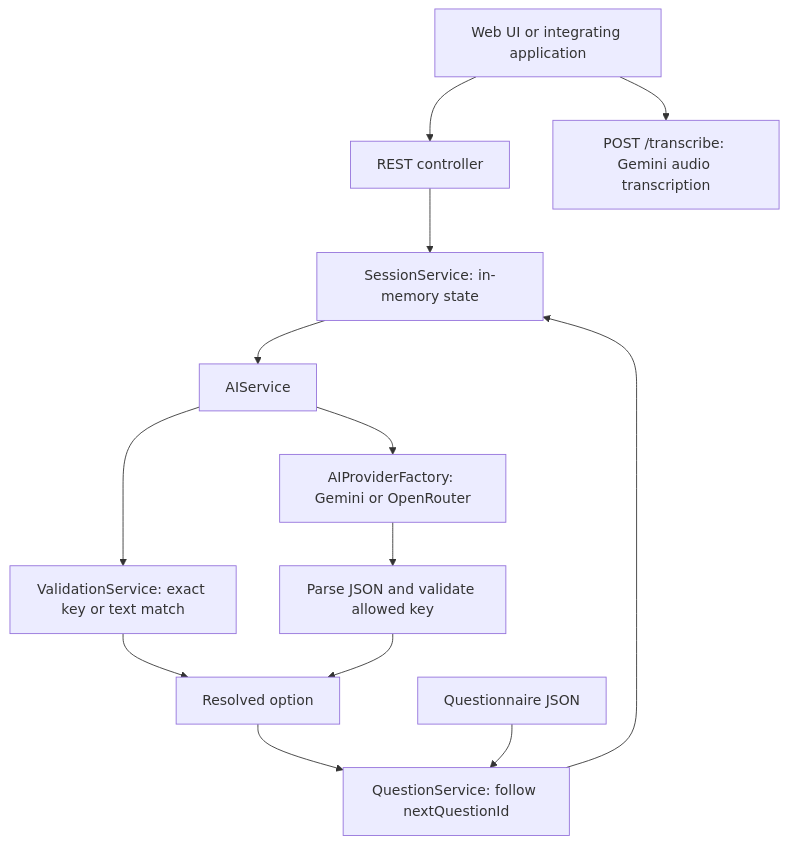
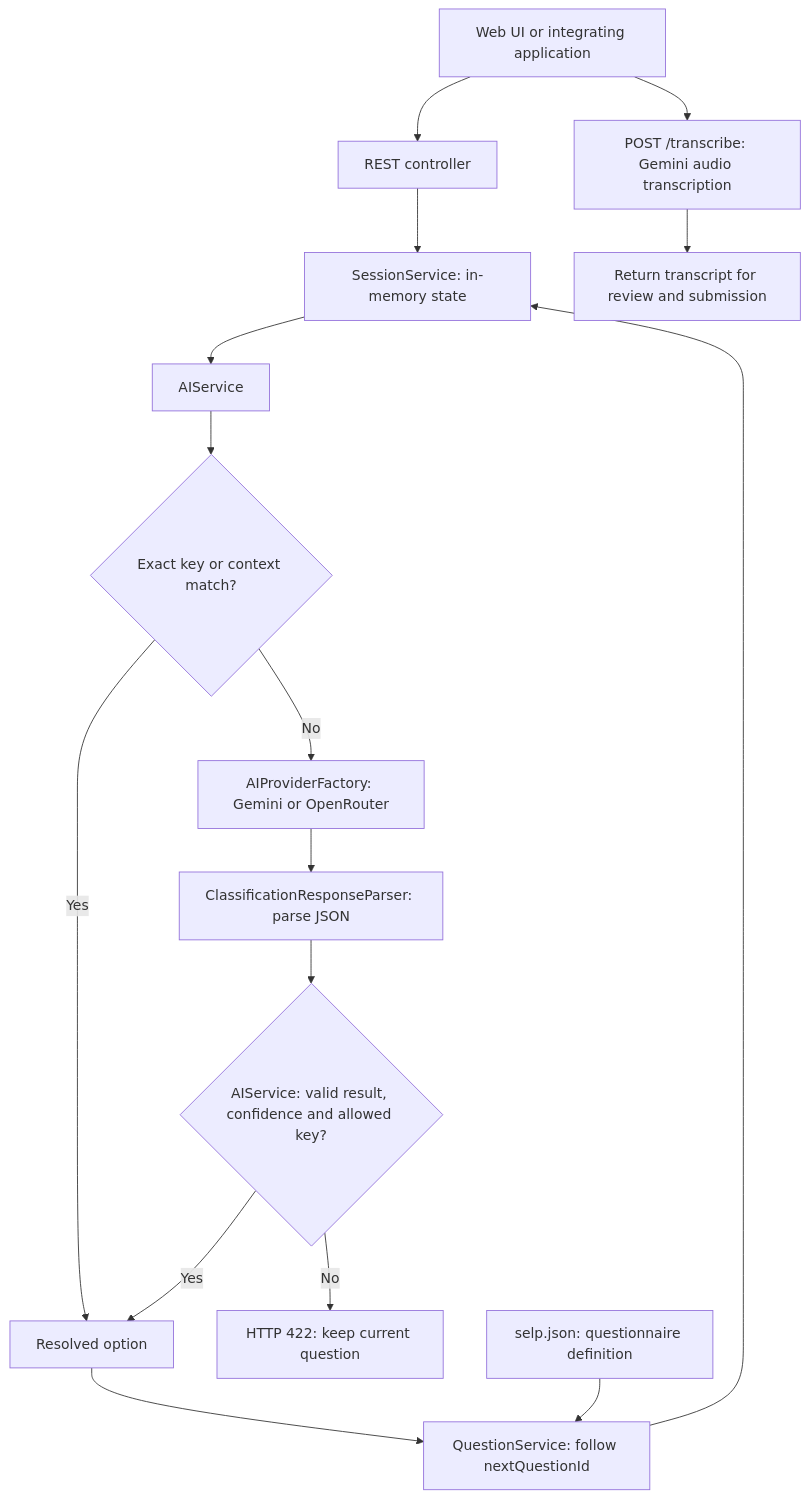
The diagram in README.md (sakibulhaque2002/Ai-Questionnaire-Engine), drawn with Mermaid before and after one commit. The commit also changed other lines of this file and 1 other file, not shown here.

Commit message:
docs: align README with selp questionnaire and remove outdated Postman collection

````diff
--- a/README.md
+++ b/README.md
@@ -15,15 +15,18 @@
 ```mermaid
 flowchart TD
     Client[Web UI or integrating application] --> Controller[REST controller]
     Controller --> Session[SessionService: in-memory state]
     Session --> Resolver[AIService]
-    Resolver --> Exact[ValidationService: exact key or text match]
-    Resolver --> Provider[AIProviderFactory: Gemini or OpenRouter]
-    Provider --> Parser[Parse JSON and validate allowed key]
-    Exact --> Option[Resolved option]
-    Parser --> Option
+    Resolver --> Exact{Exact key or context match?}
+    Exact -->|Yes| Option[Resolved option]
+    Exact -->|No| Provider[AIProviderFactory: Gemini or OpenRouter]
+    Provider --> Parser[ClassificationResponseParser: parse JSON]
+    Parser --> Check{AIService: valid result, confidence and allowed key?}
+    Check -->|Yes| Option
+    Check -->|No| Unresolved[HTTP 422: keep current question]
     Option --> Flow[QuestionService: follow nextQuestionId]
-    Data[Questionnaire JSON] --> Flow
+    Data[selp.json: questionnaire definition] --> Flow
     Flow --> Session
     Client --> Voice[POST /transcribe: Gemini audio transcription]
+    Voice --> Transcript[Return transcript for review and submission]
 ```
````
